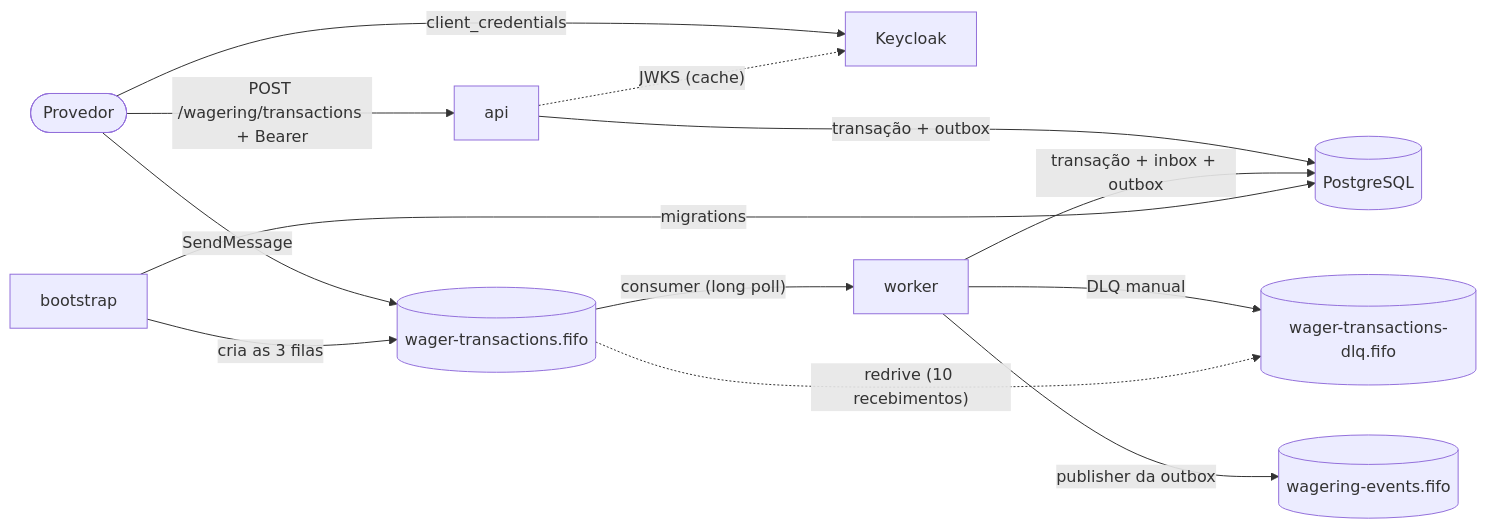
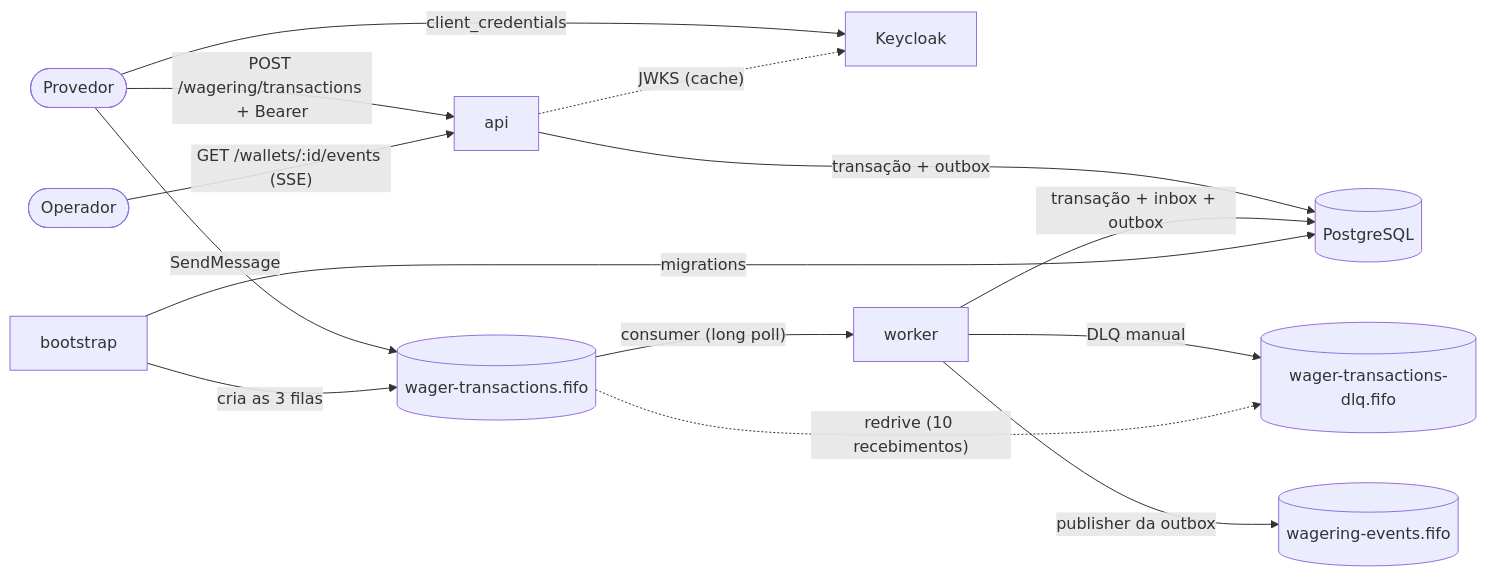
The first of 2 diagrams in ARCHITECTURE.md (bruneckel/backend-challenge), drawn with Mermaid before and after one commit. The commit also changed other lines of this file and 2 other files, not shown here.

````diff
--- a/ARCHITECTURE.md
+++ b/ARCHITECTURE.md
@@ -9,15 +9,16 @@
 ```mermaid
 flowchart LR
   provider([Provedor]) -- "client_credentials" --> keycloak[Keycloak]
   provider -- "POST /wagering/transactions + Bearer" --> api
   api -. "JWKS (cache)" .-> keycloak
+  operator([Operador]) -- "GET /wallets/:id/events (SSE)" --> api
   provider -- SendMessage --> commands[(wager-transactions.fifo)]
   commands -- "consumer (long poll)" --> worker
   worker -- "DLQ manual" --> dlq[(wager-transactions-dlq.fifo)]
   commands -. "redrive (10 recebimentos)" .-> dlq
   api -- "transação + outbox" --> pg[(PostgreSQL)]
   worker -- "transação + inbox + outbox" --> pg
   worker -- "publisher da outbox" --> events[(wagering-events.fifo)]
   bootstrap -- "migrations" --> pg
   bootstrap -- "cria as 3 filas" --> commands
 ```
````
